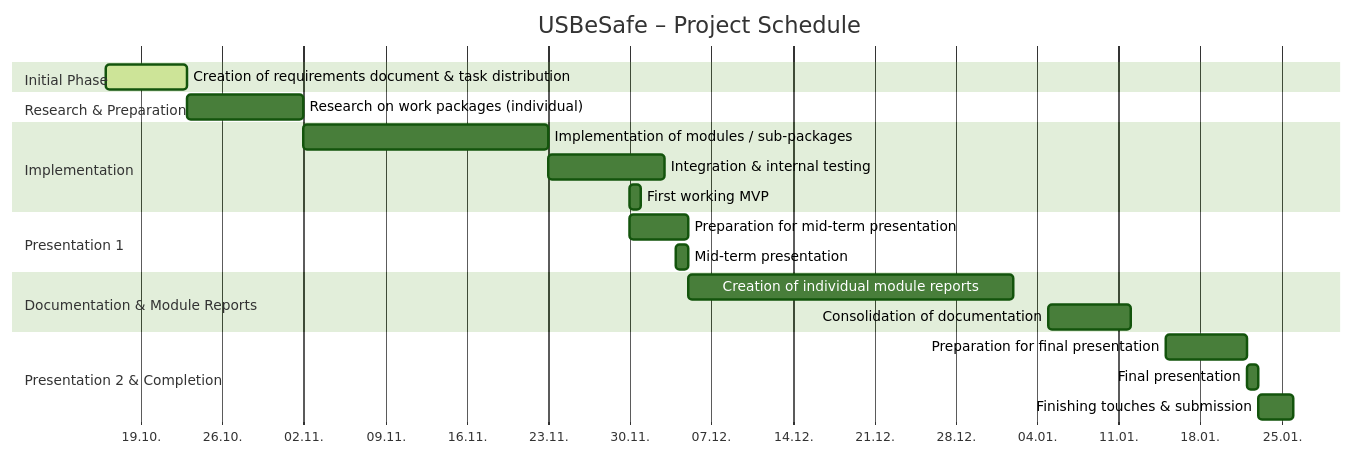
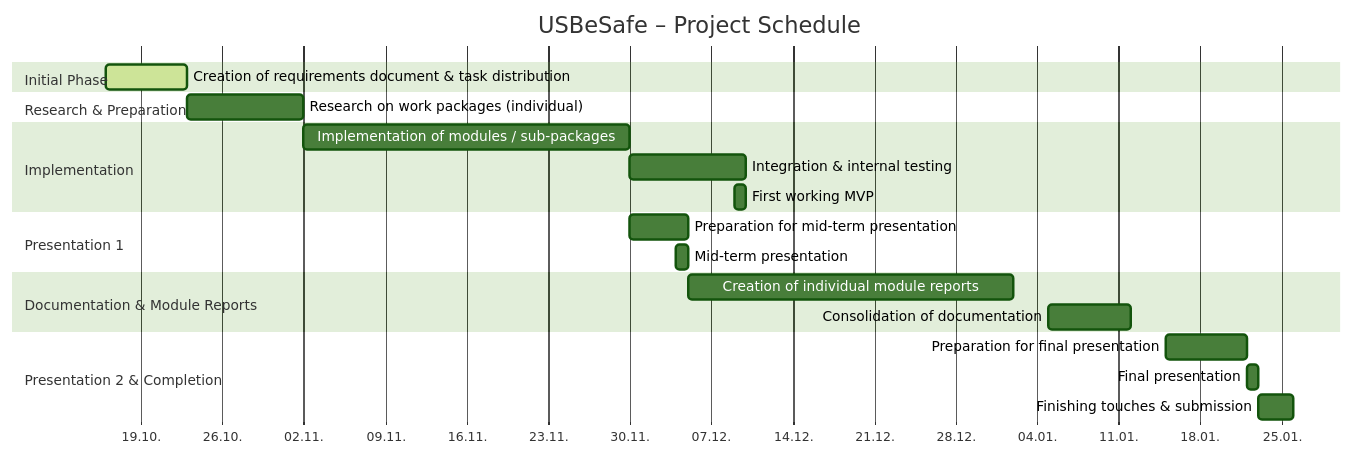
The diagram in docs/Journal.md (Katric/USBeSafe), drawn with Mermaid (forest theme) before and after one commit.

Commit message:
adding a week form implementation

````diff
--- a/docs/Journal.md
+++ b/docs/Journal.md
@@ -13,30 +13,30 @@
 ```mermaid
 gantt
     title USBeSafe – Project Schedule
     dateFormat  YYYY-MM-DD
     axisFormat  %d.%m.
 
     section Initial Phase
     Creation of requirements document & task distribution   :active, 2025-10-16, 7d
 
     section Research & Preparation
     Research on work packages (individual)                  :2025-10-23, 10d
 
     section Implementation
-    Implementation of modules / sub-packages                :2025-11-02, 21d
-    Integration & internal testing                          :2025-11-23, 10d
-    First working MVP                                       :milestone1, 2025-11-30, 1d
+    Implementation of modules / sub-packages                :2025-11-02, 28d
+    Integration & internal testing                          :2025-11-30, 10d
+    First working MVP                                       :milestone1, 2025-12-09, 1d
 
     section Presentation 1
     Preparation for mid-term presentation                   :2025-11-30, 5d
     Mid-term presentation                                   :milestone2, 2025-12-04, 1d
 
     section Documentation & Module Reports
     Creation of individual module reports                   :2025-12-05, 28d
     Consolidation of documentation                          :2026-01-05, 7d
 
     section Presentation 2 & Completion
     Preparation for final presentation                      :2026-01-15, 7d
     Final presentation                                      :milestone3, 2026-01-22, 1d
     Finishing touches & submission                          :2026-01-23, 3d
 ```
````
